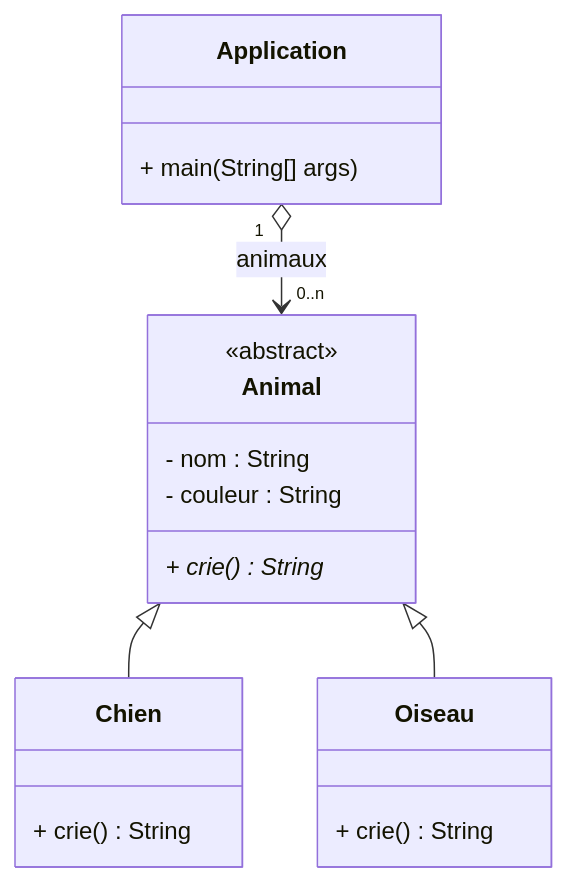
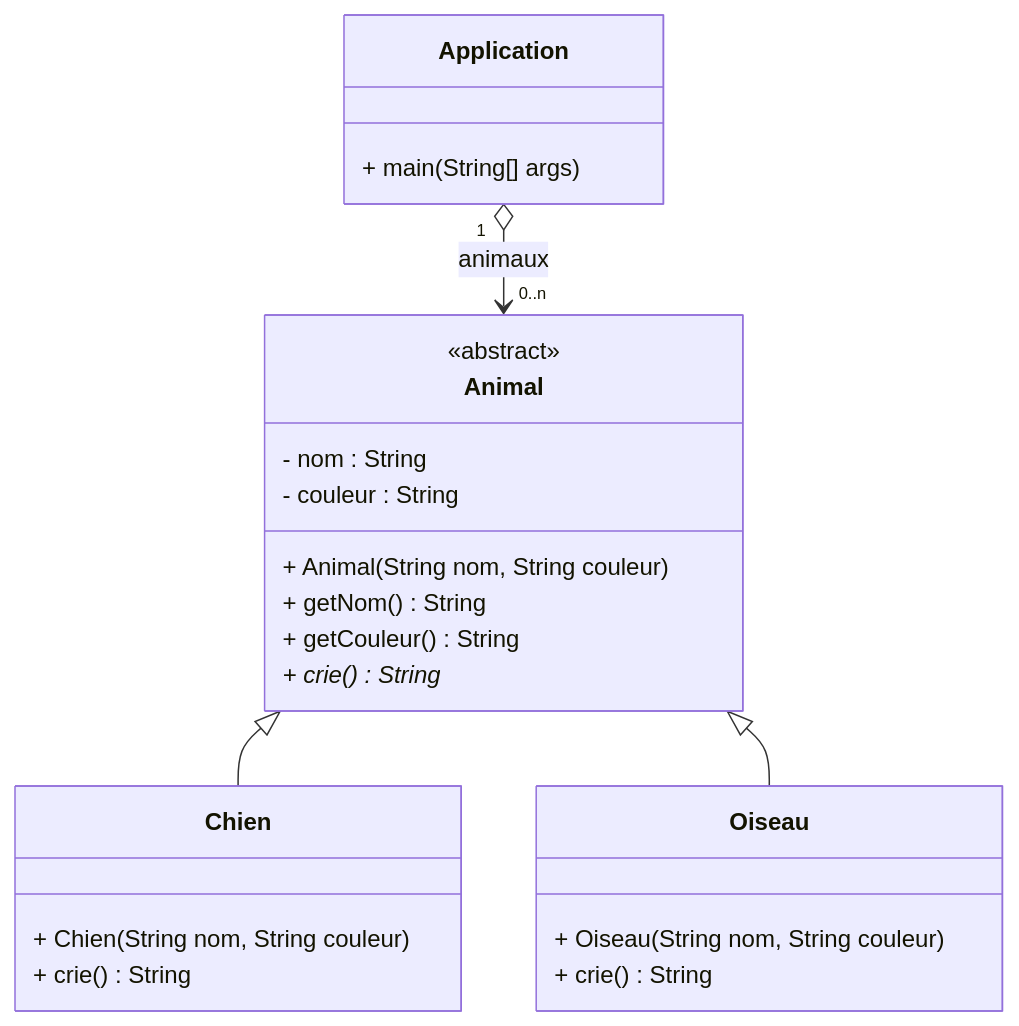
Before and after one commit to emf-info-320/320_EX_05_FORMES_POO: the first of 5 diagrams in README.md, drawn with Mermaid. The commit also changed other lines of this file, not shown here.

````diff
--- a/README.md
+++ b/README.md
@@ -22,24 +40,29 @@
 ```mermaid
 classDiagram
     Animal <|-- Chien
     Animal <|-- Oiseau
     Application "1" o--> "0..n" Animal : animaux
     class Animal{
         - nom : String
         - couleur : String
+        + Animal(String nom, String couleur)
+        + getNom() String
+        + getCouleur() String
         + crie() String*
     }
     <<abstract>> Animal
 
     class Chien{
+        + Chien(String nom, String couleur)
         + crie() String
     }
 
     class Oiseau{
+        + Oiseau(String nom, String couleur)
         + crie() String
     }
 
     class Application{
         + main(String[] args)
     }
 ```
````
